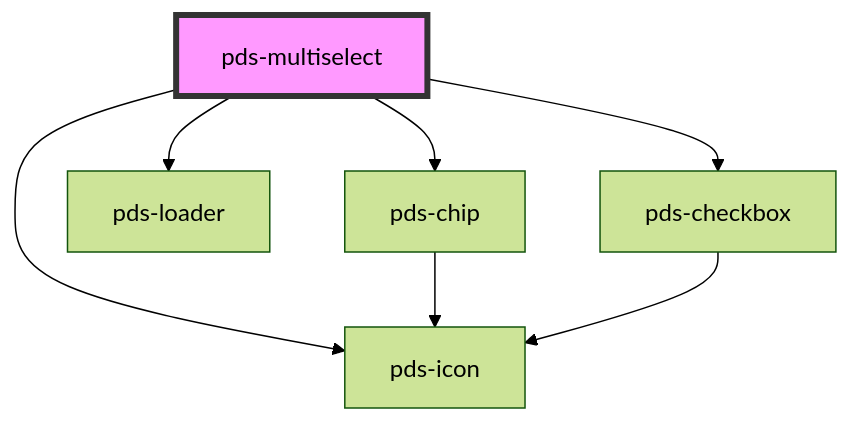
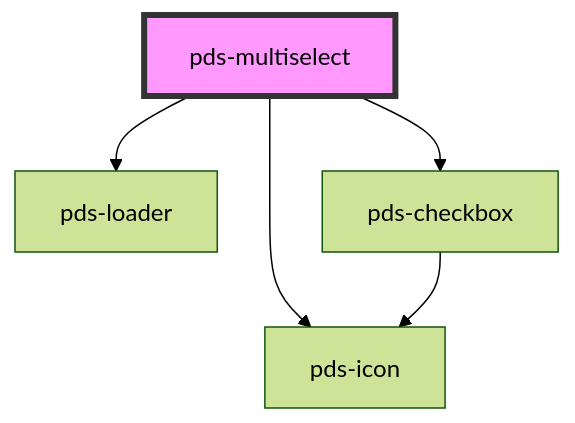
One commit to Kajabi/pine changed the diagram in libs/core/src/components/pds-multiselect/readme.md. Above: the diagram before and after it, drawn with Mermaid (forest theme). The commit also changed other lines of this file and 7 other files, not shown here.

````diff
--- a/libs/core/src/components/pds-multiselect/readme.md
+++ b/libs/core/src/components/pds-multiselect/readme.md
@@ -84,10 +83,8 @@
 ```mermaid
 graph TD;
-  pds-multiselect --> pds-chip
+  pds-multiselect --> pds-icon
   pds-multiselect --> pds-loader
   pds-multiselect --> pds-checkbox
-  pds-multiselect --> pds-icon
-  pds-chip --> pds-icon
   pds-checkbox --> pds-icon
   style pds-multiselect fill:#f9f,stroke:#333,stroke-width:4px
 ```
````
